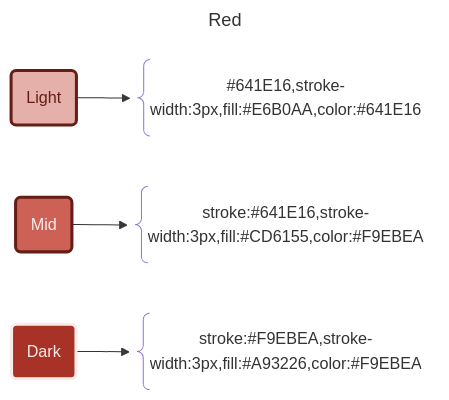
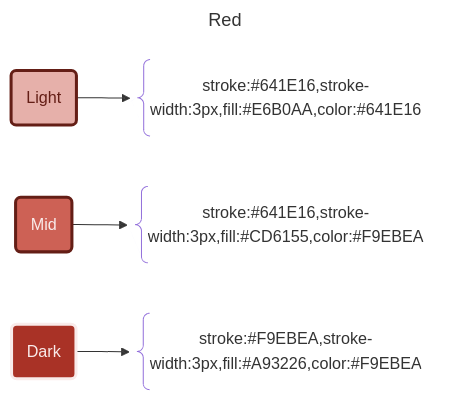
The fifth of 14 diagrams in profile/mermaid/mermaid.md (APrettyCoolProgram/aprettycoolprogram), drawn with Mermaid before and after one commit.

````diff
--- a/profile/mermaid/mermaid.md
+++ b/profile/mermaid/mermaid.md
@@ -176,24 +176,24 @@
 ```mermaid
 ---
 title: Red
 ---
 flowchart LR
   %% Components
   Light@{shape: rounded, label: "Light"}
-  LightString@{shape: brace, label: "#641E16,stroke-width:3px,fill:#E6B0AA,color:#641E16"}
+  LightString@{shape: brace, label: "stroke:#641E16,stroke-width:3px,fill:#E6B0AA,color:#641E16"}
   Mid@{shape: rounded, label: "Mid"}
   MidString@{shape: brace, label: "stroke:#641E16,stroke-width:3px,fill:#CD6155,color:#F9EBEA"}
   Dark@{shape: rounded, label: "Dark"}
   DarkString@{shape: brace, label: "stroke:#F9EBEA,stroke-width:3px,fill:#A93226,color:#F9EBEA"}
   %% Layout
   Light --> LightString
   Mid --> MidString
   Dark --> DarkString
   %% Styles
   classDef Light stroke:#641E16,stroke-width:3px,fill:#E6B0AA,color:#641E16
   classDef Mid stroke:#641E16,stroke-width:3px,fill:#CD6155,color:#F9EBEA
   classDef Dark stroke:#F9EBEA,stroke-width:3px,fill:#A93226,color:#F9EBEA
   class Light Light
   class Mid Mid
   class Dark Dark
 ```
````
